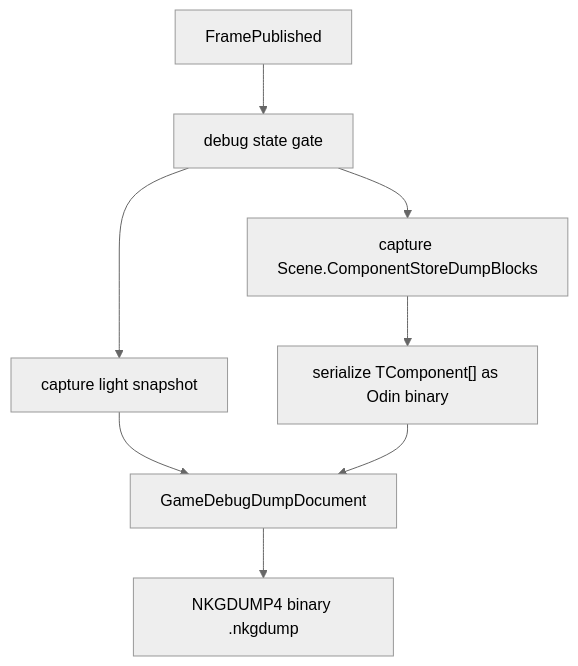
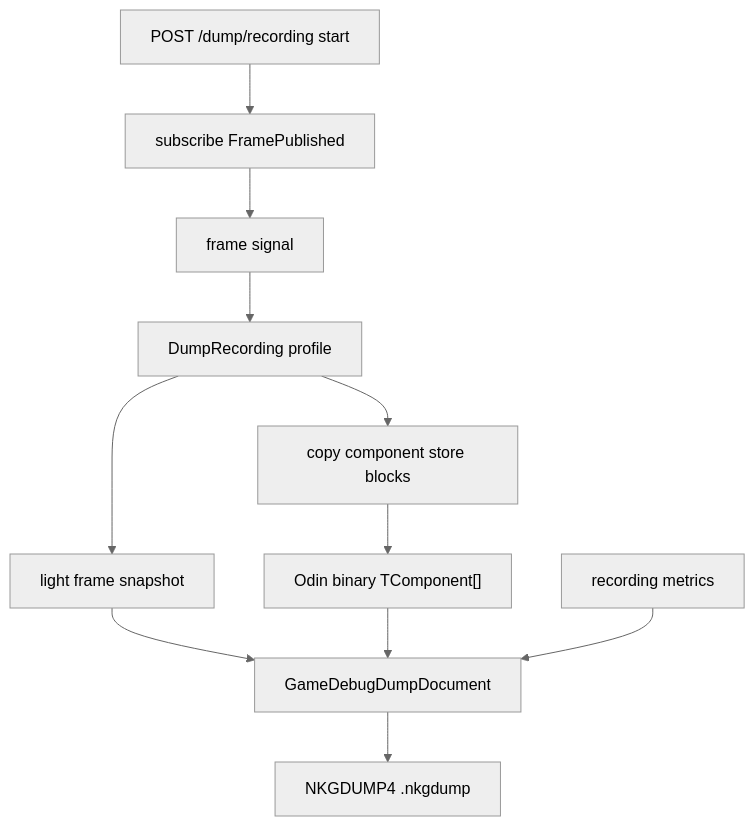
The fifth of 6 diagrams in docs/debug-and-dump.md (wqaetly/NKGGameFramework), drawn with Mermaid (neutral theme) before and after one commit. The commit also changed other lines of this file and 26 other files, not shown here.

First line of the commit message:
优化 Debug 捕获与 Dump 录制管线

````diff
--- a/docs/debug-and-dump.md
+++ b/docs/debug-and-dump.md
@@ -57,10 +105,13 @@
 ```mermaid
 flowchart TD
-    Tick["FramePublished"] --> Lock["debug state gate"]
-    Lock --> Snapshot["capture light snapshot"]
-    Lock --> Stores["capture Scene.ComponentStoreDumpBlocks"]
-    Stores --> Odin["serialize TComponent[] as Odin binary"]
-    Snapshot --> Document["GameDebugDumpDocument"]
-    Odin --> Document
-    Document --> File["NKGDUMP4 binary .nkgdump"]
+    Start["POST /dump/recording start"] --> Subscribe["subscribe FramePublished"]
+    Subscribe --> Signal["frame signal"]
+    Signal --> Profile["DumpRecording profile"]
+    Profile --> Light["light frame snapshot"]
+    Profile --> StoreBlocks["copy component store blocks"]
+    StoreBlocks --> OdinBinary["Odin binary TComponent[]"]
+    Light --> Document["GameDebugDumpDocument"]
+    OdinBinary --> Document
+    Metrics["recording metrics"] --> Document
+    Document --> File["NKGDUMP4 .nkgdump"]
 ```
````
